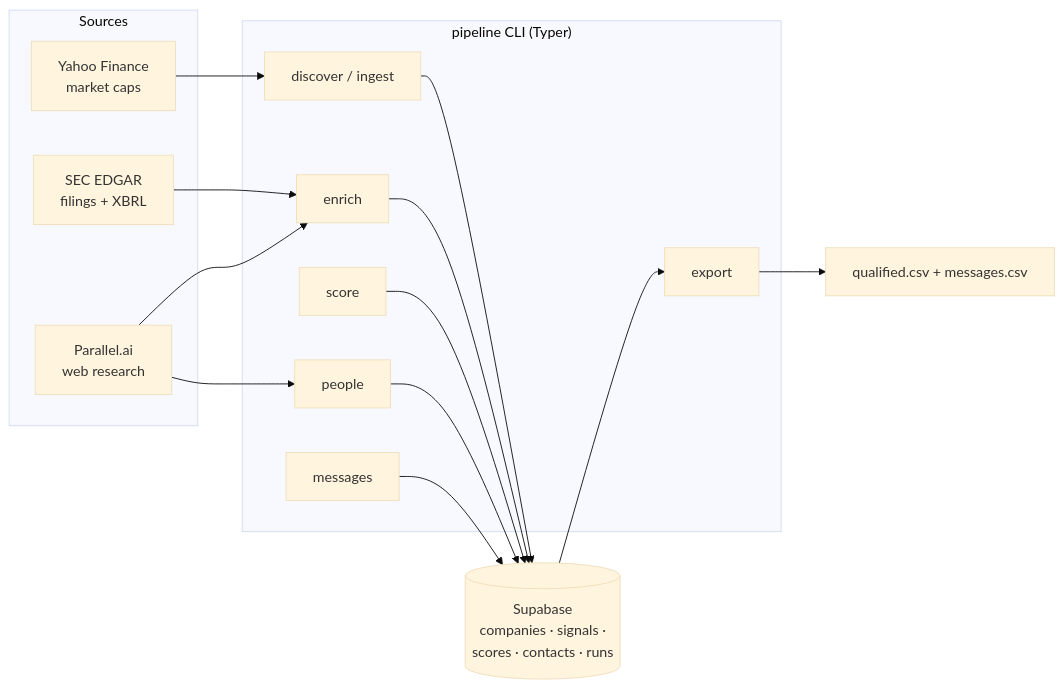
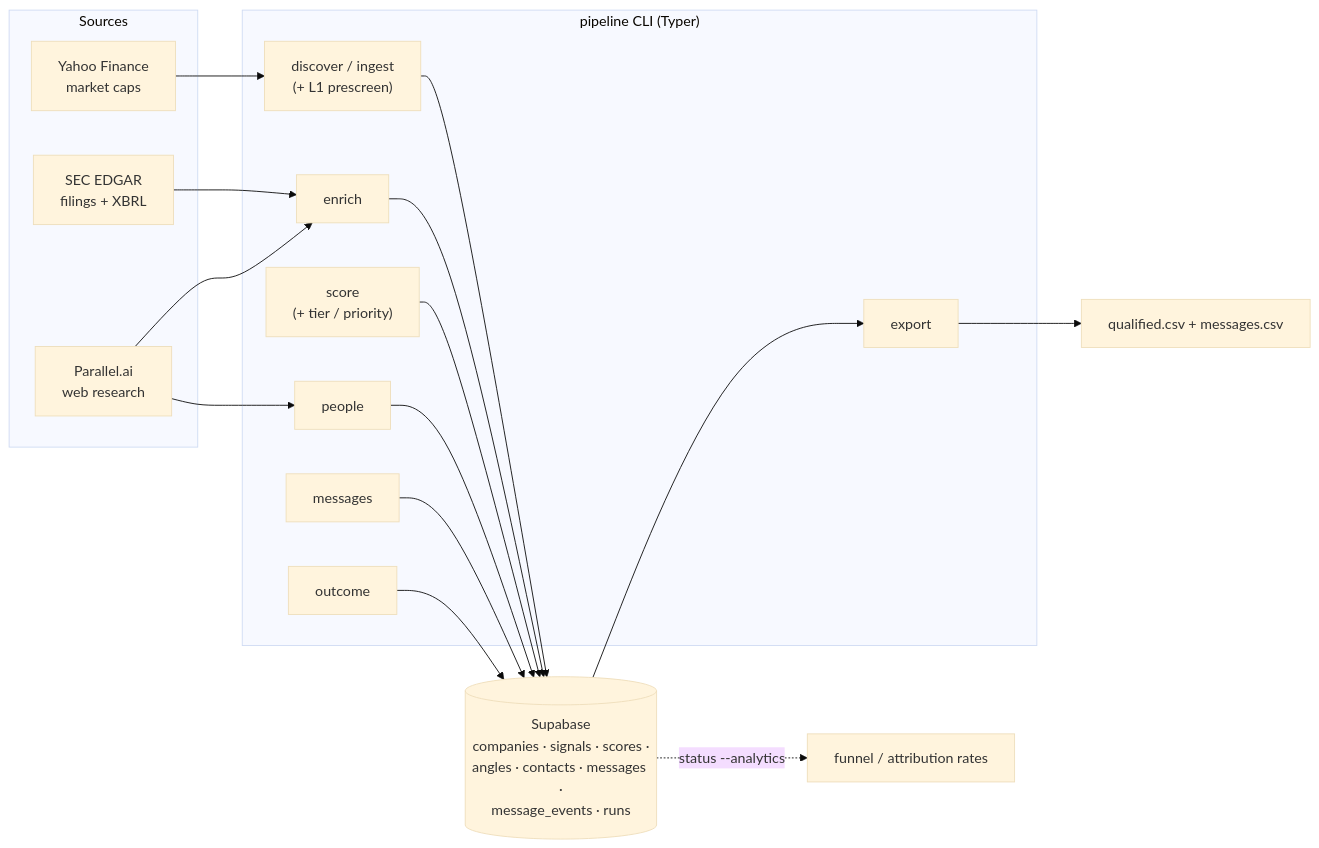
The diagram in README.md (udaykang-byte/GTM-Public-Traded-AI-Accounts), drawn with Mermaid (base theme) before and after one commit. The commit also changed other lines of this file and 3 other files, not shown here.

First line of the commit message:
docs: README + guides refresh for the v3 flow

````diff
--- a/README.md
+++ b/README.md
@@ -30,31 +39,34 @@
 ```mermaid
 flowchart LR
     subgraph Sources
         EDGAR[SEC EDGAR<br/>filings + XBRL]
         PAR[Parallel.ai<br/>web research]
         YF[Yahoo Finance<br/>market caps]
     end
 
     subgraph Pipeline["pipeline CLI (Typer)"]
-        DISC[discover / ingest]
+        DISC["discover / ingest<br/>(+ L1 prescreen)"]
         ENR[enrich]
-        SCORE[score]
+        SCORE["score<br/>(+ tier / priority)"]
         PEOPLE[people]
         MSG[messages]
         EXP[export]
+        OUT[outcome]
     end
 
-    DB[(Supabase<br/>companies · signals ·<br/>scores · contacts · runs)]
+    DB[(Supabase<br/>companies · signals · scores ·<br/>angles · contacts · messages ·<br/>message_events · runs)]
 
     YF --> DISC
     EDGAR --> ENR
     PAR --> ENR
     PAR --> PEOPLE
     DISC --> DB
     ENR --> DB
     SCORE --> DB
     PEOPLE --> DB
     MSG --> DB
+    OUT --> DB
     DB --> EXP
     EXP --> CSV[qualified.csv + messages.csv]
+    DB -.status --analytics.-> ANALYTICS[funnel / attribution rates]
 ```
````
